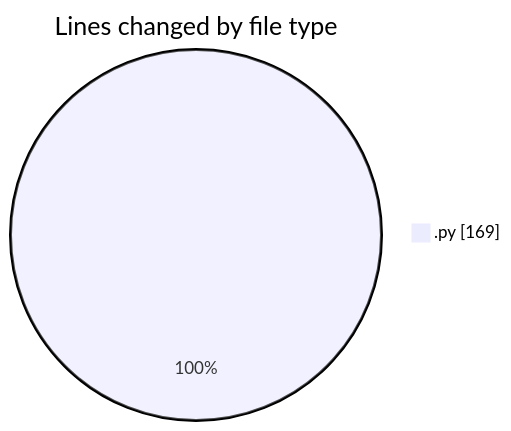
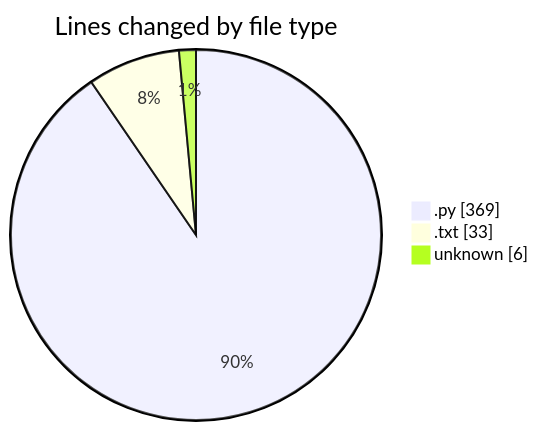
Before and after one commit to MatusMokan/code-tracking: the first of 2 diagrams in 2026-01-08/testuploaddovera/README.md, drawn with Mermaid. The commit also changed other lines of this file and 1 other file, not shown here.

````diff
--- a/2026-01-08/testuploaddovera/README.md
+++ b/2026-01-08/testuploaddovera/README.md
@@ -20,5 +25,7 @@
 ```mermaid
 pie showData
 title Lines changed by file type
-".py" : 169
+".py" : 369
+".txt" : 33
+"unknown" : 6
 ```
````
